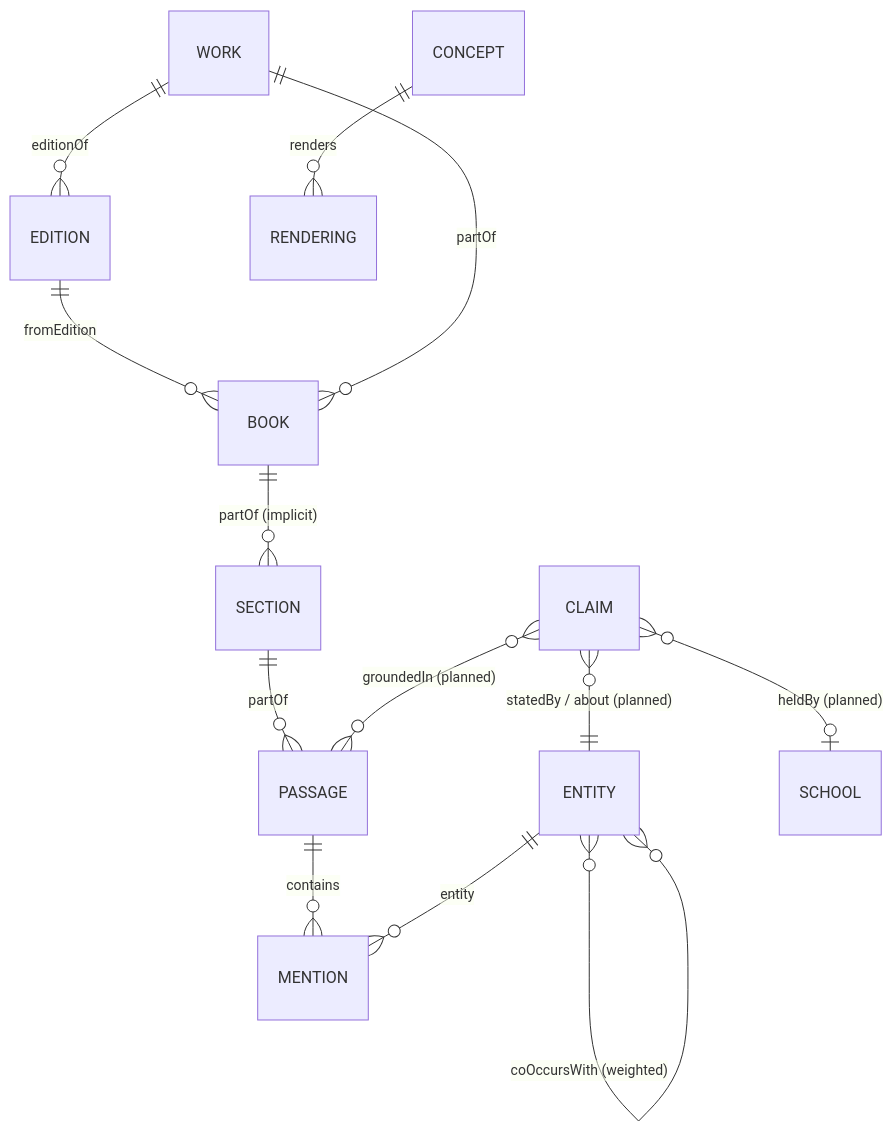
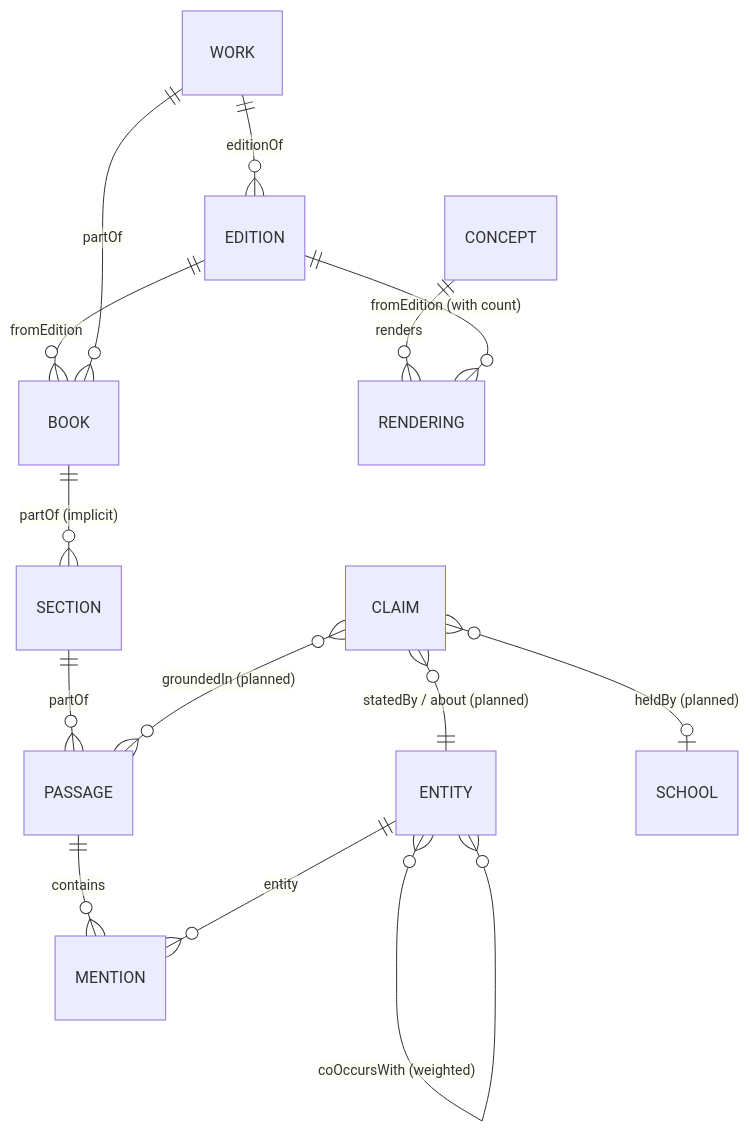
Before and after one commit to vkonda2000/indic-knowledge-graph: the diagram in docs/04-data-model.md, drawn with Mermaid. The commit also changed other lines of this file and 17 other files, not shown here.

````diff
--- a/docs/04-data-model.md
+++ b/docs/04-data-model.md
@@ -5,15 +5,16 @@
 ```mermaid
 erDiagram
     WORK ||--o{ EDITION : "editionOf"
     EDITION ||--o{ BOOK : "fromEdition"
     WORK ||--o{ BOOK : "partOf"
     BOOK ||--o{ SECTION : "partOf (implicit)"
     SECTION ||--o{ PASSAGE : "partOf"
     PASSAGE ||--o{ MENTION : "contains"
     ENTITY ||--o{ MENTION : "entity"
     CONCEPT ||--o{ RENDERING : "renders"
+    EDITION ||--o{ RENDERING : "fromEdition (with count)"
     ENTITY }o--o{ ENTITY : "coOccursWith (weighted)"
     CLAIM }o--|| ENTITY : "statedBy / about (planned)"
     CLAIM }o--o| SCHOOL : "heldBy (planned)"
     CLAIM }o--o{ PASSAGE : "groundedIn (planned)"
 ```
````
